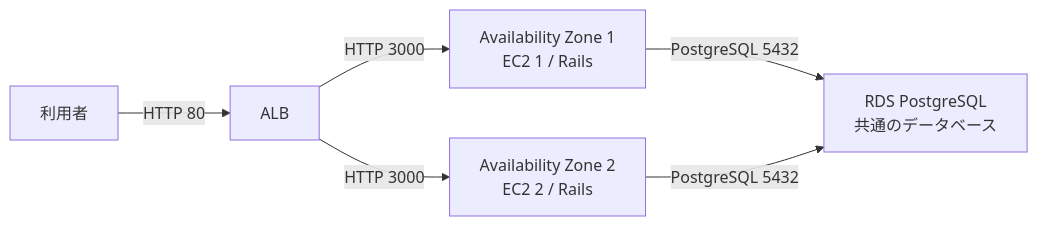
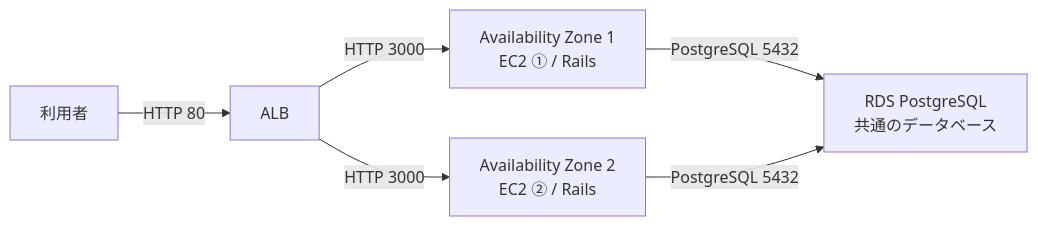
The second of 8 diagrams in 12/orientation.md (TORIFUKUKaiou/rails-dojo-year2-content), drawn with Mermaid before and after one commit. The commit also changed other lines of this file and 1 other file, not shown here.

Commit message:
Refactor week 12 curriculum to serialize EC2 setup steps and refine presentation diagrams

````diff
--- a/12/orientation.md
+++ b/12/orientation.md
@@ -48,8 +48,8 @@
 ```mermaid
 flowchart LR
   U["利用者"] -->|"HTTP 80"| ALB["ALB"]
-  ALB -->|"HTTP 3000"| EC21["Availability Zone 1<br>EC2 1 / Rails"]
-  ALB -->|"HTTP 3000"| EC22["Availability Zone 2<br>EC2 2 / Rails"]
+  ALB -->|"HTTP 3000"| EC21["Availability Zone 1<br>EC2 ① / Rails"]
+  ALB -->|"HTTP 3000"| EC22["Availability Zone 2<br>EC2 ② / Rails"]
   EC21 -->|"PostgreSQL 5432"| RDS["RDS PostgreSQL<br>共通のデータベース"]
   EC22 -->|"PostgreSQL 5432"| RDS
 ```
````
